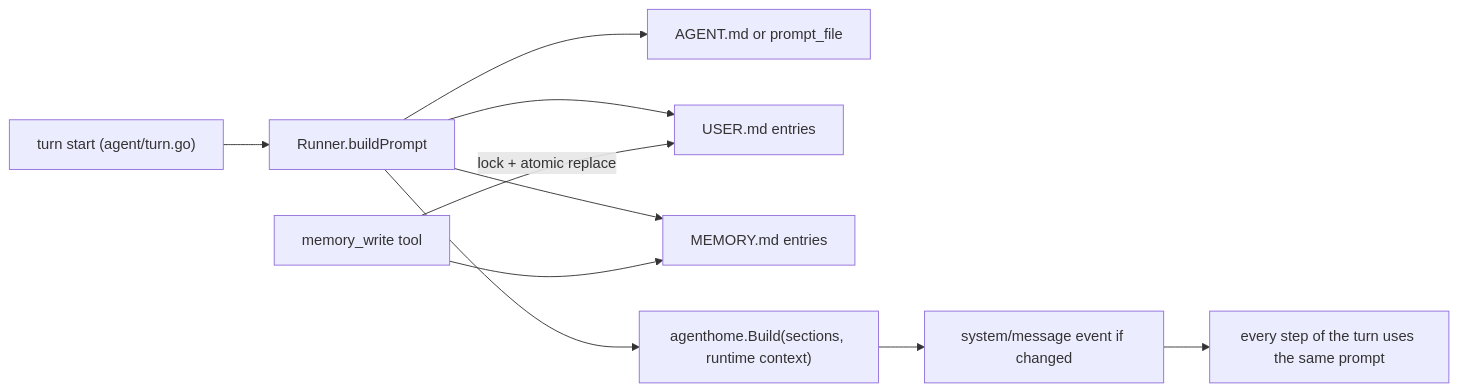
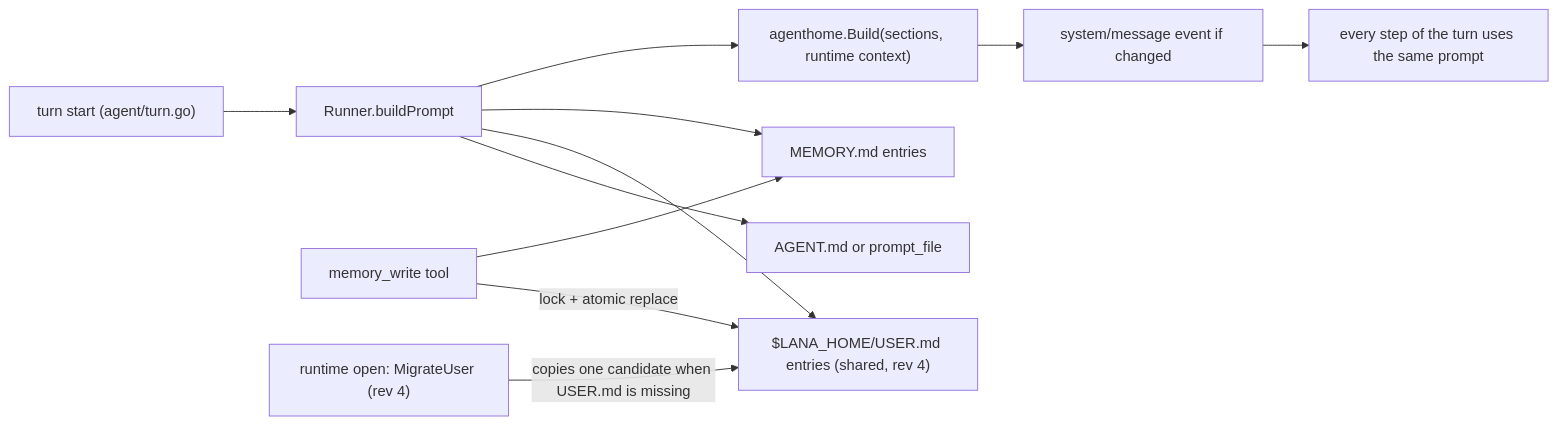
One commit to ridhomujizat/lana-harness changed the diagram in docs/specs/5-agent-home/design.md. Above: the diagram before and after it, drawn with Mermaid. The commit also changed other lines of this file and 379 other files, not shown here.

````diff
--- a/docs/specs/5-agent-home/design.md
+++ b/docs/specs/5-agent-home/design.md
@@ -41,12 +41,13 @@
 ```mermaid
 flowchart LR
   T["turn start (agent/turn.go)"] --> H["Runner.buildPrompt"]
   H --> P["AGENT.md or prompt_file"]
-  H --> U["USER.md entries"]
+  H --> U["$LANA_HOME/USER.md entries (shared, rev 4)"]
   H --> M["MEMORY.md entries"]
   H --> B["agenthome.Build(sections, runtime context)"]
   B --> S["system/message event if changed"]
   S --> L["every step of the turn uses the same prompt"]
   W["memory_write tool"] -->|"lock + atomic replace"| U
   W --> M
+  G["runtime open: MigrateUser (rev 4)"] -->|"copies one candidate when USER.md is missing"| U
 ```
````
